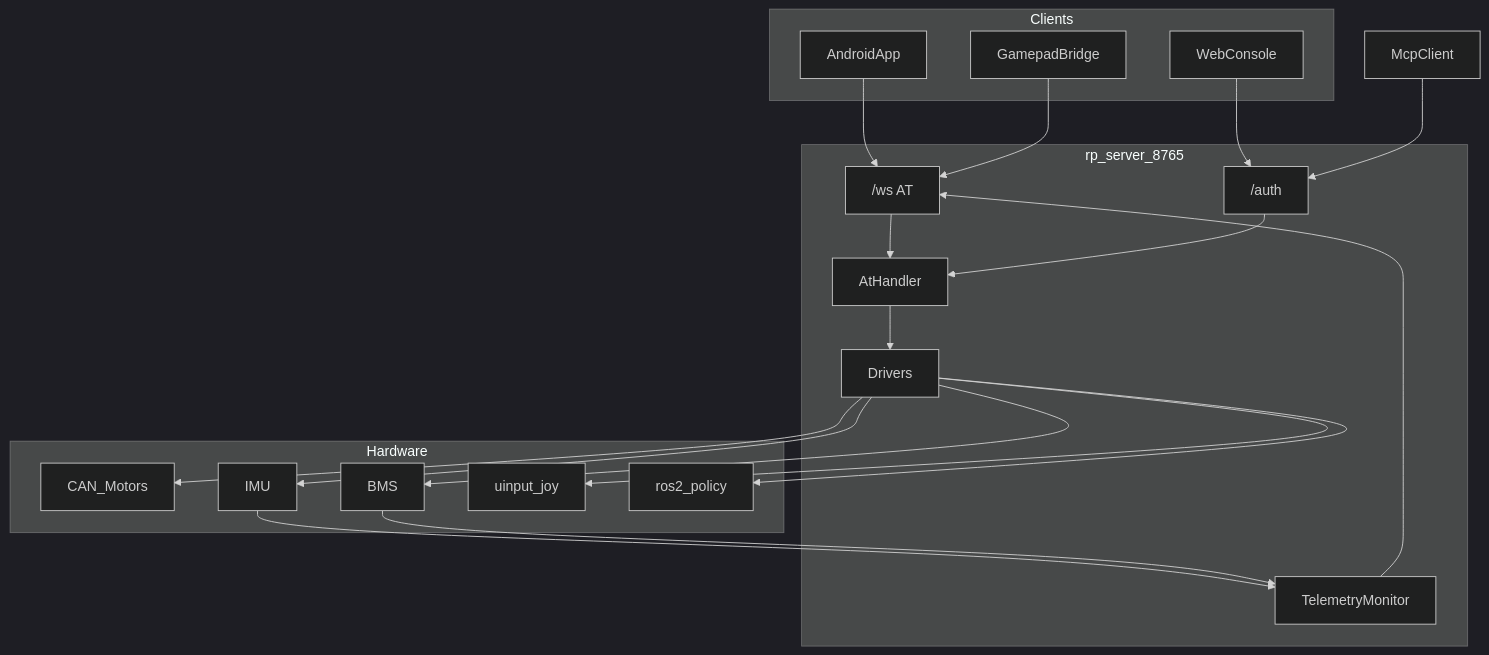
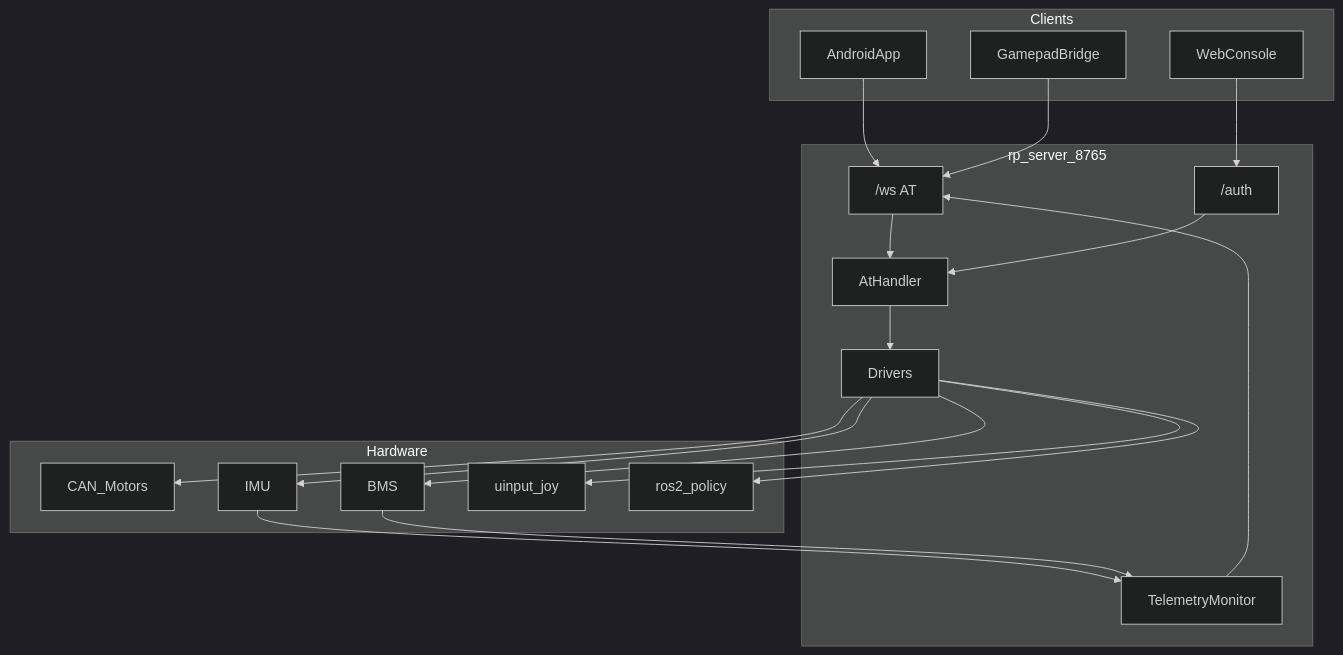
The diagram in docs/architecture.md (Roboparty/roboparty_rp_server), drawn with Mermaid (dark theme) before and after one commit.

Commit message:
fix: remove last McpClient reference from architecture diagram

````diff
--- a/docs/architecture.md
+++ b/docs/architecture.md
@@ -19,37 +19,36 @@
 ```mermaid
 flowchart TB
   subgraph clients [Clients]
     App[AndroidApp]
     Web[WebConsole]
     Pad[GamepadBridge]
   end
   subgraph server [rp_server_8765]
     WS["/ws AT"]
     REST["/auth"]
     AT[AtHandler]
     Tel[TelemetryMonitor]
     Drv[Drivers]
   end
   subgraph hw [Hardware]
     CAN[CAN_Motors]
     IMU[IMU]
     BMS[BMS]
     UInput[uinput_joy]
     ROS[ros2_policy]
   end
   App --> WS
   Pad --> WS
   Web --> REST
-  McpClient --> REST
   WS --> AT
   REST --> AT
   AT --> Drv
   Drv --> CAN
   Drv --> IMU
   Drv --> BMS
   Drv --> UInput
   Drv --> ROS
   Tel --> WS
   IMU --> Tel
   BMS --> Tel
 ```
````
